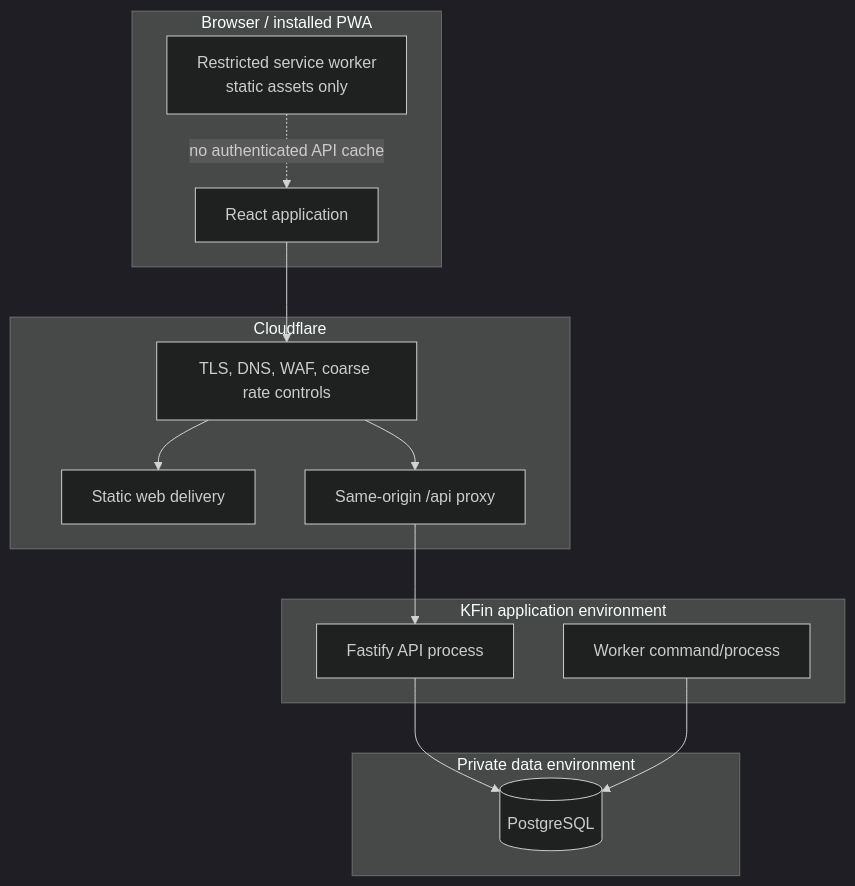
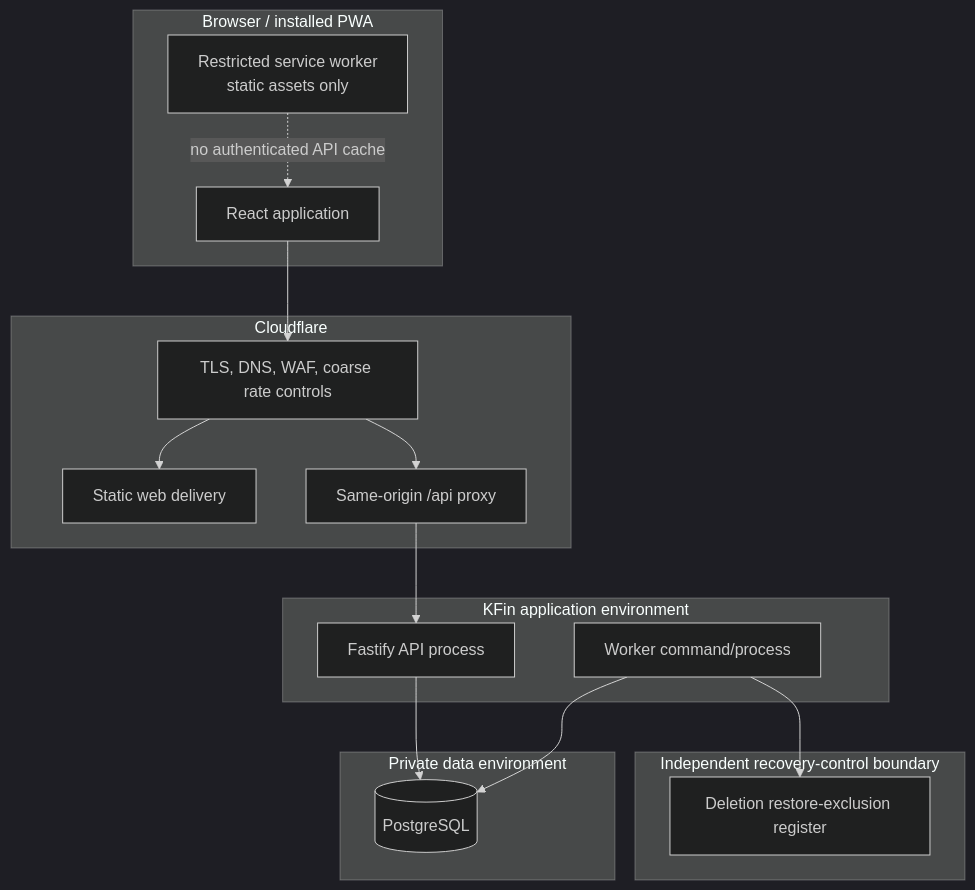
Before and after one commit to kaytrh255/KFin-Know-your-money-Keep-your-future: the second of 2 diagrams in docs/architecture/ARCHITECTURE.md, drawn with Mermaid (dark theme). The commit also changed other lines of this file and 21 other files, not shown here.

````diff
--- a/docs/architecture/ARCHITECTURE.md
+++ b/docs/architecture/ARCHITECTURE.md
@@ -81,26 +83,30 @@
 ```mermaid
 flowchart TB
     subgraph Browser[Browser / installed PWA]
       UI[React application]
       SW[Restricted service worker\nstatic assets only]
     end
     subgraph Edge[Cloudflare]
       TLS[TLS, DNS, WAF, coarse rate controls]
       STATIC[Static web delivery]
       PROXY[Same-origin /api proxy]
     end
     subgraph App[KFin application environment]
       API[Fastify API process]
       WK[Worker command/process]
     end
     subgraph Data[Private data environment]
       PG[(PostgreSQL)]
     end
+    subgraph Recovery[Independent recovery-control boundary]
+      DR[Deletion restore-exclusion register]
+    end
     UI --> TLS
     TLS --> STATIC
     TLS --> PROXY
     PROXY --> API
     API --> PG
     WK --> PG
+    WK --> DR
     SW -. no authenticated API cache .-> UI
 ```
````
